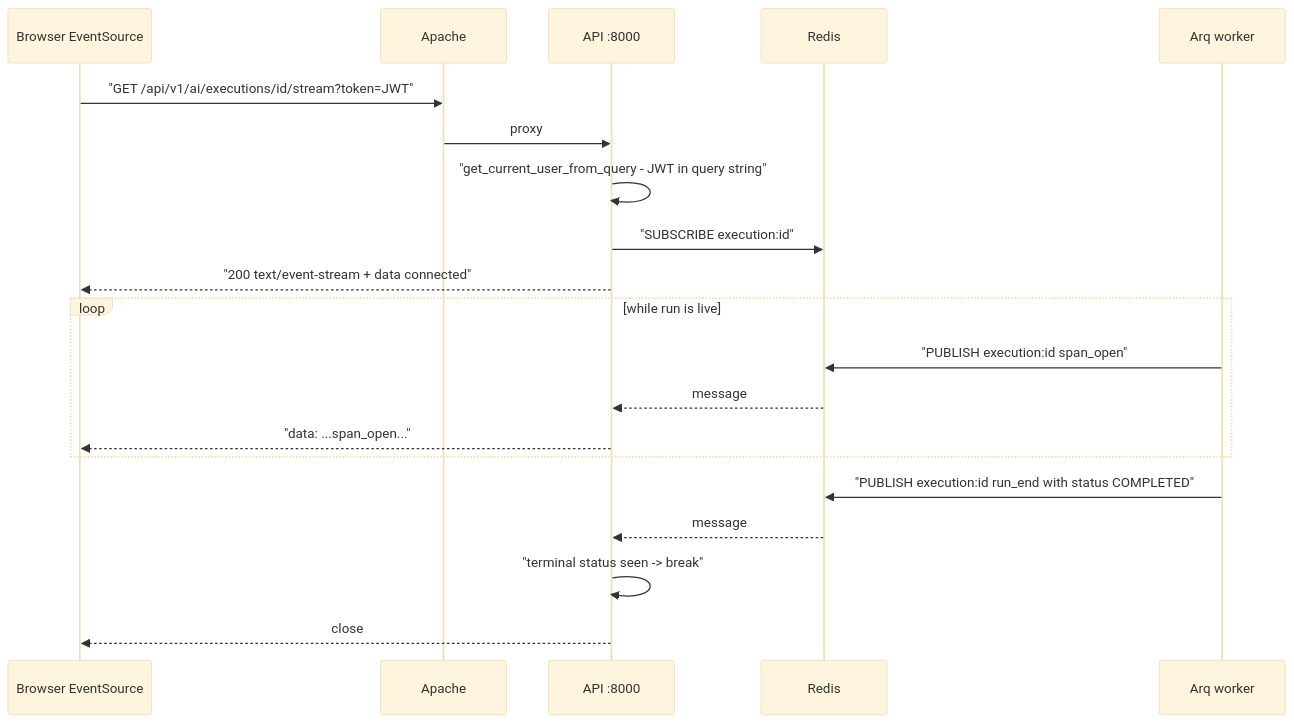
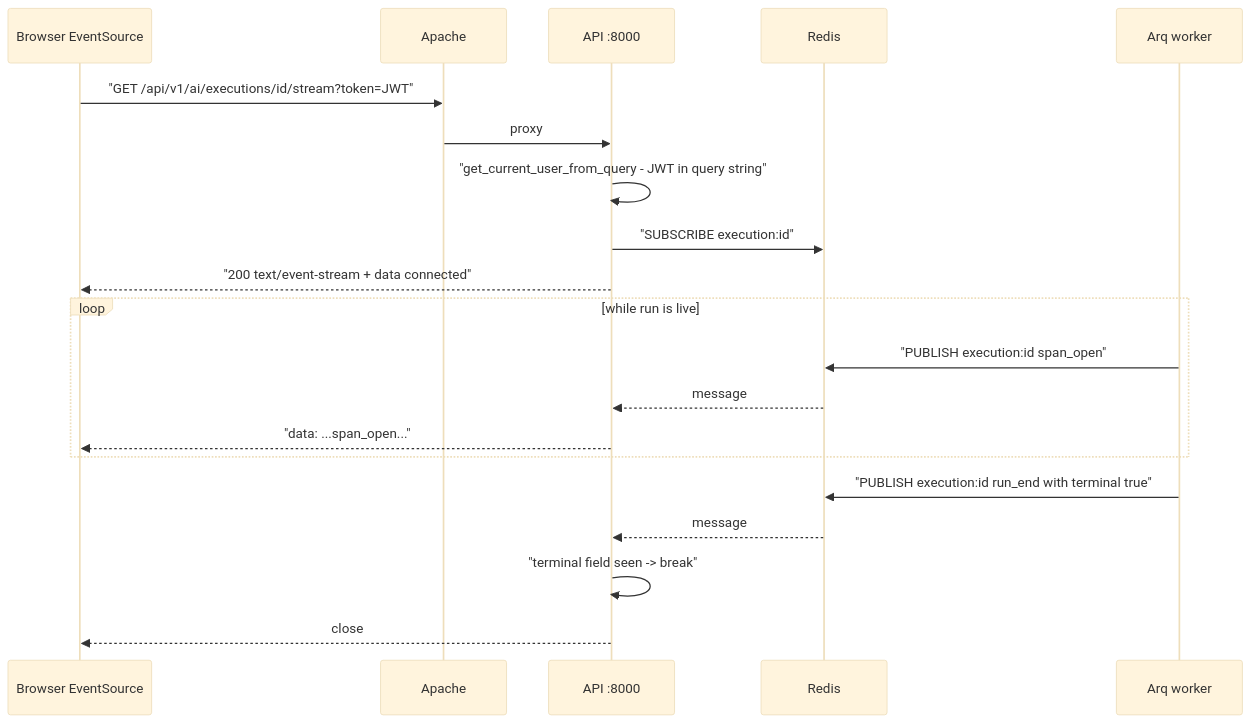
Before and after one commit to gondolerahul/hire-buddha-app: diagram 11 of 19 in docs/current/02-system-architecture.md, drawn with Mermaid (base theme). The commit also changed other lines of this file and 13 other files, not shown here.

First line of the commit message:
fix(ai): the run stream ends on a frame marked terminal, not a status word (GW-19, PO-19)

````diff
--- a/docs/current/02-system-architecture.md
+++ b/docs/current/02-system-architecture.md
@@ -804,25 +804,25 @@
 ```mermaid
 sequenceDiagram
     participant B as Browser EventSource
     participant A as Apache
     participant API as API :8000
     participant R as Redis
     participant W as Arq worker
 
     B->>A: "GET /api/v1/ai/executions/id/stream?token=JWT"
     A->>API: proxy
     API->>API: "get_current_user_from_query - JWT in query string"
     API->>R: "SUBSCRIBE execution:id"
     API-->>B: "200 text/event-stream + data connected"
 
     loop while run is live
         W->>R: "PUBLISH execution:id  span_open"
         R-->>API: message
         API-->>B: "data: ...span_open..."
     end
 
-    W->>R: "PUBLISH execution:id  run_end with status COMPLETED"
+    W->>R: "PUBLISH execution:id  run_end with terminal true"
     R-->>API: message
-    API->>API: "terminal status seen -> break"
+    API->>API: "terminal field seen -> break"
     API-->>B: close
 ```
````
